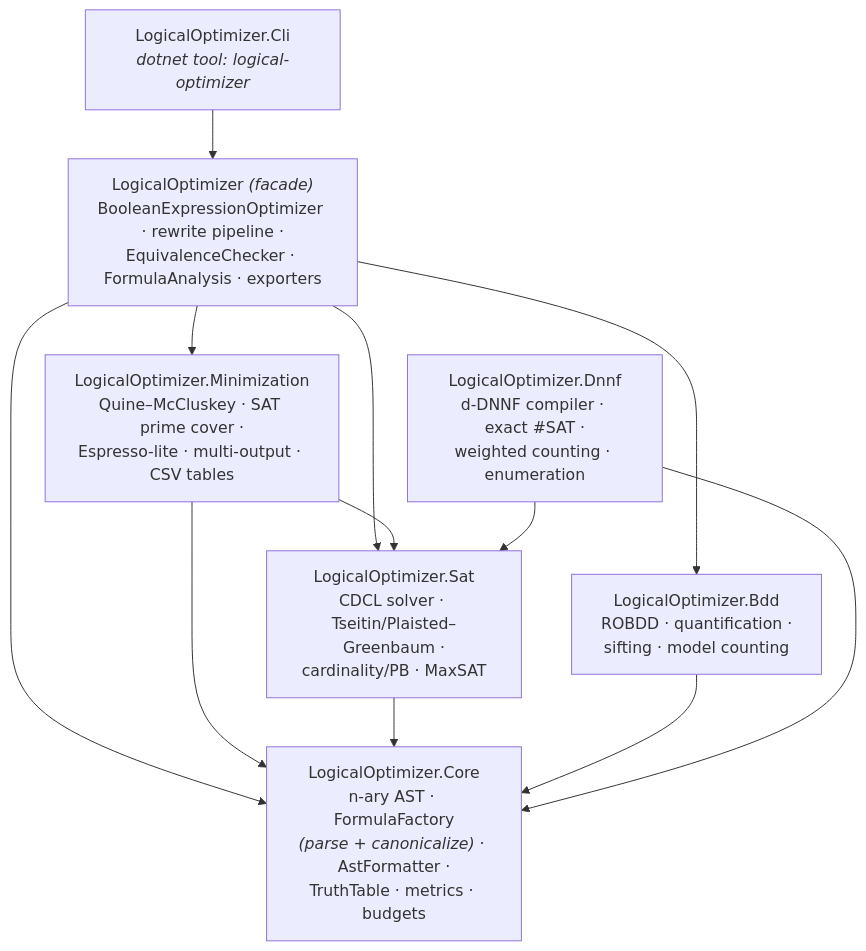
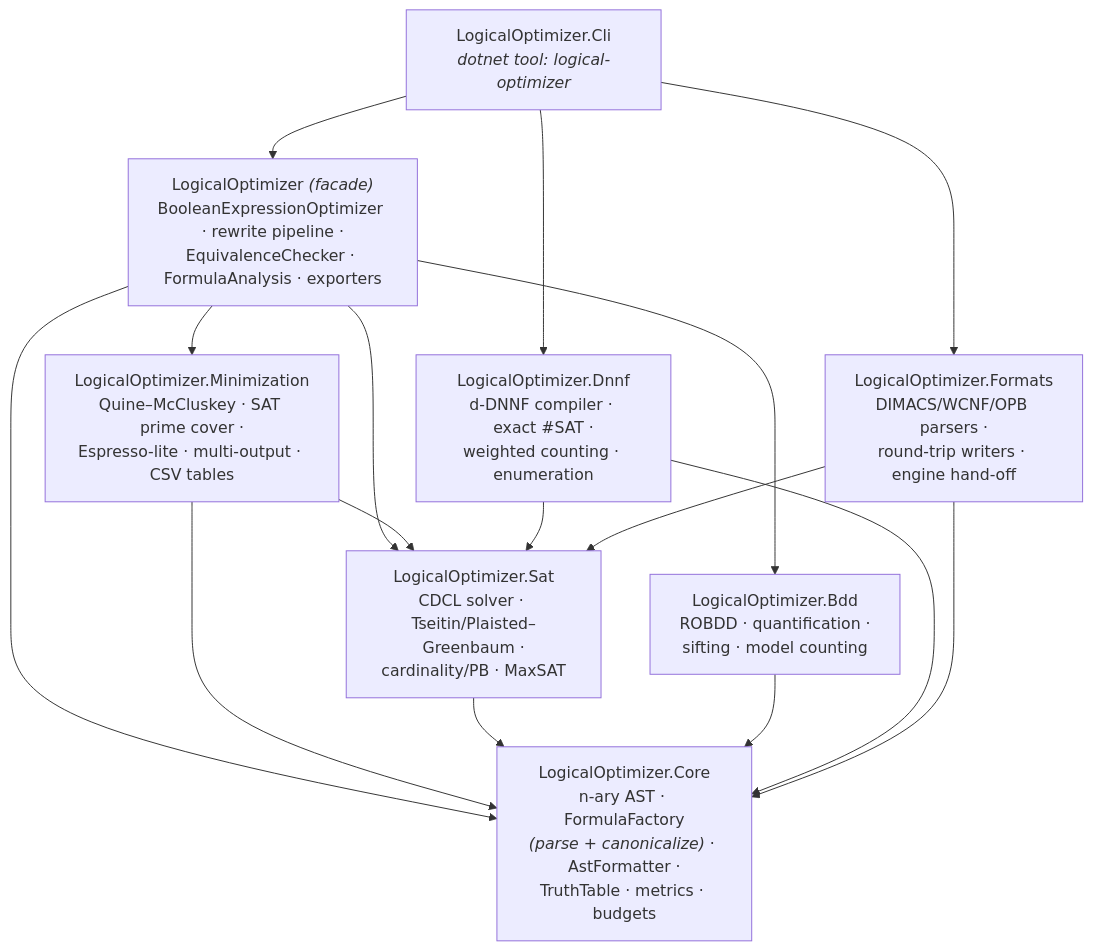
The first of 4 diagrams in README.md (AlexanderV/LogicalOptimizer), drawn with Mermaid before and after one commit. The commit also changed other lines of this file and 29 other files, not shown here.

First line of the commit message:
feat(formats): add DIMACS/WCNF/OPB import in LogicalOptimizer.Formats

````diff
--- a/README.md
+++ b/README.md
@@ -458,22 +460,27 @@
 ```mermaid
 graph TD
     CLI["LogicalOptimizer.Cli<br/><i>dotnet tool: logical-optimizer</i>"]
     Facade["LogicalOptimizer <i>(facade)</i><br/>BooleanExpressionOptimizer · rewrite pipeline ·<br/>EquivalenceChecker · FormulaAnalysis · exporters"]
     Min["LogicalOptimizer.Minimization<br/>Quine–McCluskey · SAT prime cover ·<br/>Espresso-lite · multi-output · CSV tables"]
     Sat["LogicalOptimizer.Sat<br/>CDCL solver · Tseitin/Plaisted–Greenbaum ·<br/>cardinality/PB · MaxSAT"]
     Bdd["LogicalOptimizer.Bdd<br/>ROBDD · quantification ·<br/>sifting · model counting"]
     Dnnf["LogicalOptimizer.Dnnf<br/>d-DNNF compiler · exact #SAT ·<br/>weighted counting · enumeration"]
+    Formats["LogicalOptimizer.Formats<br/>DIMACS/WCNF/OPB parsers ·<br/>round-trip writers · engine hand-off"]
     Core["LogicalOptimizer.Core<br/>n-ary AST · FormulaFactory<br/><i>(parse + canonicalize)</i> · AstFormatter ·<br/>TruthTable · metrics · budgets"]
 
     CLI --> Facade
     Facade --> Min
     Facade --> Sat
     Facade --> Bdd
     Facade --> Core
     Min --> Sat
     Min --> Core
     Sat --> Core
     Bdd --> Core
     Dnnf --> Sat
     Dnnf --> Core
+    Formats --> Sat
+    Formats --> Core
+    CLI --> Formats
+    CLI --> Dnnf
 ```
````
